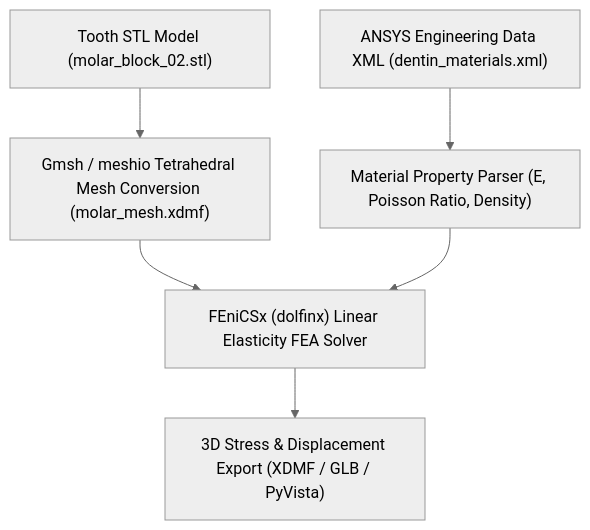
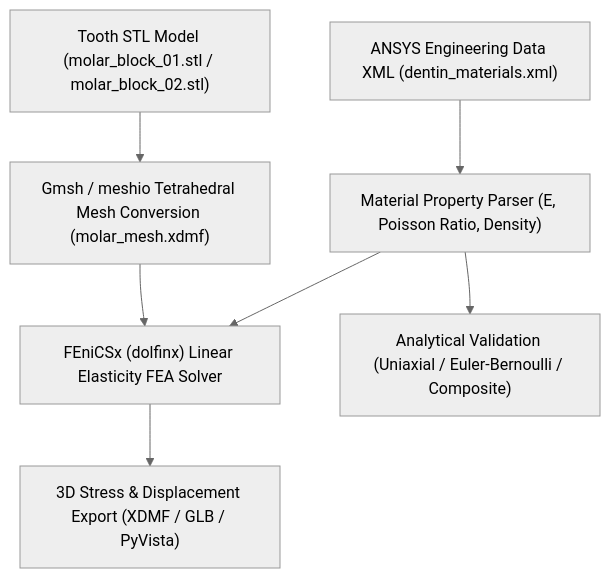
One commit to HyunchanAn/Dental_007 changed the diagram in README.md. Above: the diagram before and after it, drawn with Mermaid (neutral theme). The commit also changed other lines of this file and 7 other files, not shown here.

Commit message:
feat(fea,docs): add analytical validation tests, document STL/material provenance, and remove gemini.md/memo.txt (#3)

````diff
--- a/README.md
+++ b/README.md
@@ -10,7 +18,8 @@
 ```mermaid
 graph TD
-    A["Tooth STL Model (molar_block_02.stl)"] --> B["Gmsh / meshio Tetrahedral Mesh Conversion (molar_mesh.xdmf)"]
+    A["Tooth STL Model (molar_block_01.stl / molar_block_02.stl)"] --> B["Gmsh / meshio Tetrahedral Mesh Conversion (molar_mesh.xdmf)"]
     C["ANSYS Engineering Data XML (dentin_materials.xml)"] --> D["Material Property Parser (E, Poisson Ratio, Density)"]
     B & D --> E["FEniCSx (dolfinx) Linear Elasticity FEA Solver"]
+    D --> G["Analytical Validation (Uniaxial / Euler-Bernoulli / Composite)"]
     E --> F["3D Stress & Displacement Export (XDMF / GLB / PyVista)"]
 ```
````
